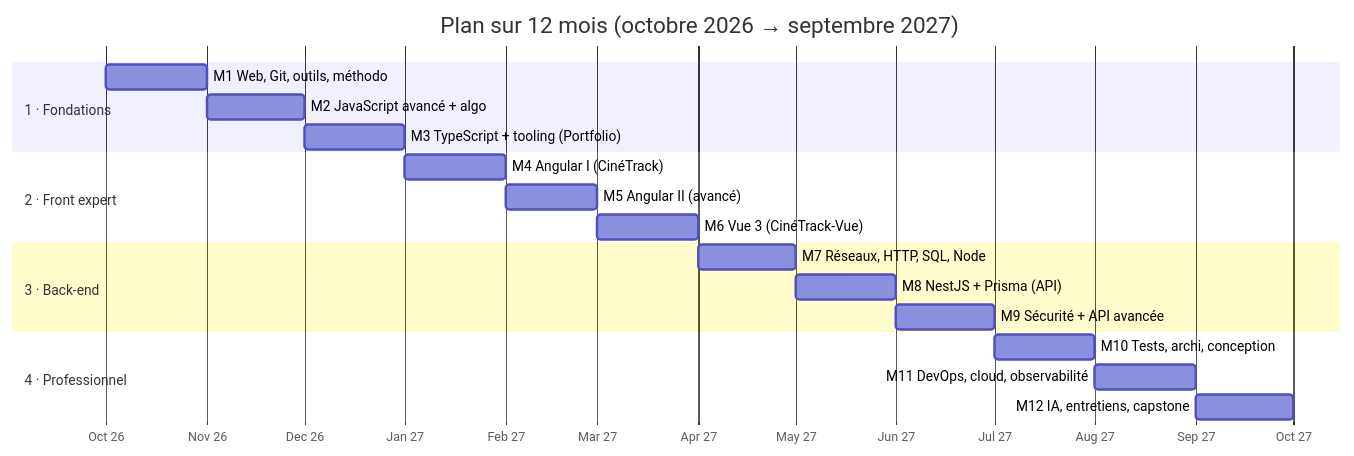
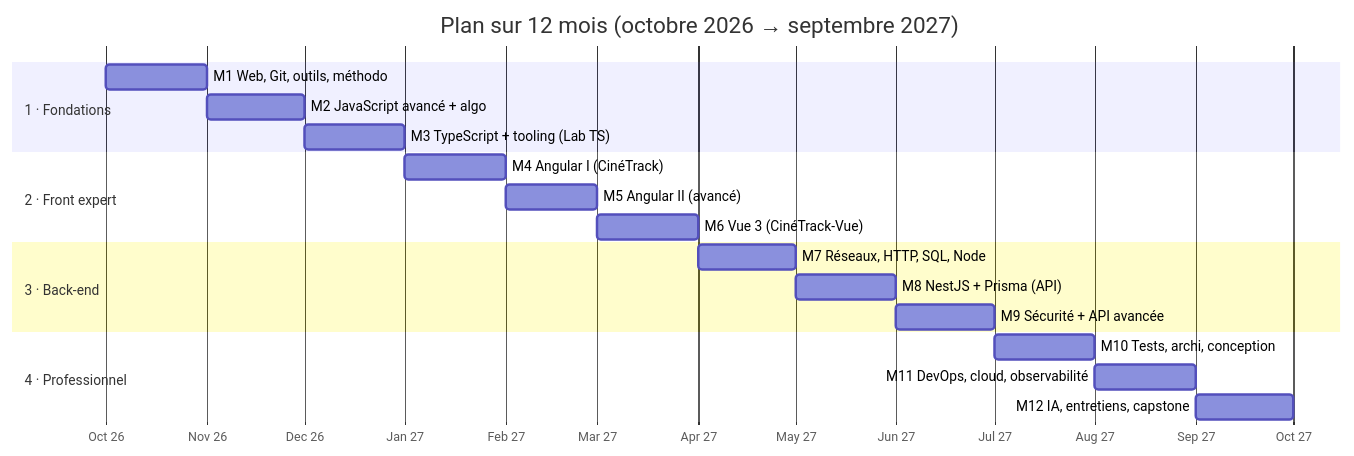
One commit to galsen-76/Informatique- changed the first of 2 diagrams in 00-Accueil/Roadmap-12-mois.md. Above: the diagram before and after it, drawn with Mermaid. The commit also changed other lines of this file and 17 other files, not shown here.

First line of the commit message:
Ajouter notes HTML/DOM, librairies UI et remplacer le portfolio par un Lab TypeScript

````diff
--- a/00-Accueil/Roadmap-12-mois.md
+++ b/00-Accueil/Roadmap-12-mois.md
@@ -24,22 +24,22 @@
 ```mermaid
 gantt
   title Plan sur 12 mois (octobre 2026 → septembre 2027)
   dateFormat YYYY-MM
   axisFormat %b %y
   section 1 · Fondations
   M1 Web, Git, outils, méthodo        :m1, 2026-10, 1M
   M2 JavaScript avancé + algo         :m2, 2026-11, 1M
-  M3 TypeScript + tooling (Portfolio) :m3, 2026-12, 1M
+  M3 TypeScript + tooling (Lab TS)    :m3, 2026-12, 1M
   section 2 · Front expert
   M4 Angular I (CinéTrack)            :m4, 2027-01, 1M
   M5 Angular II (avancé)              :m5, 2027-02, 1M
   M6 Vue 3 (CinéTrack-Vue)            :m6, 2027-03, 1M
   section 3 · Back-end
   M7 Réseaux, HTTP, SQL, Node         :m7, 2027-04, 1M
   M8 NestJS + Prisma (API)            :m8, 2027-05, 1M
   M9 Sécurité + API avancée           :m9, 2027-06, 1M
   section 4 · Professionnel
   M10 Tests, archi, conception        :m10, 2027-07, 1M
   M11 DevOps, cloud, observabilité    :m11, 2027-08, 1M
   M12 IA, entretiens, capstone        :m12, 2027-09, 1M
 ```
````
